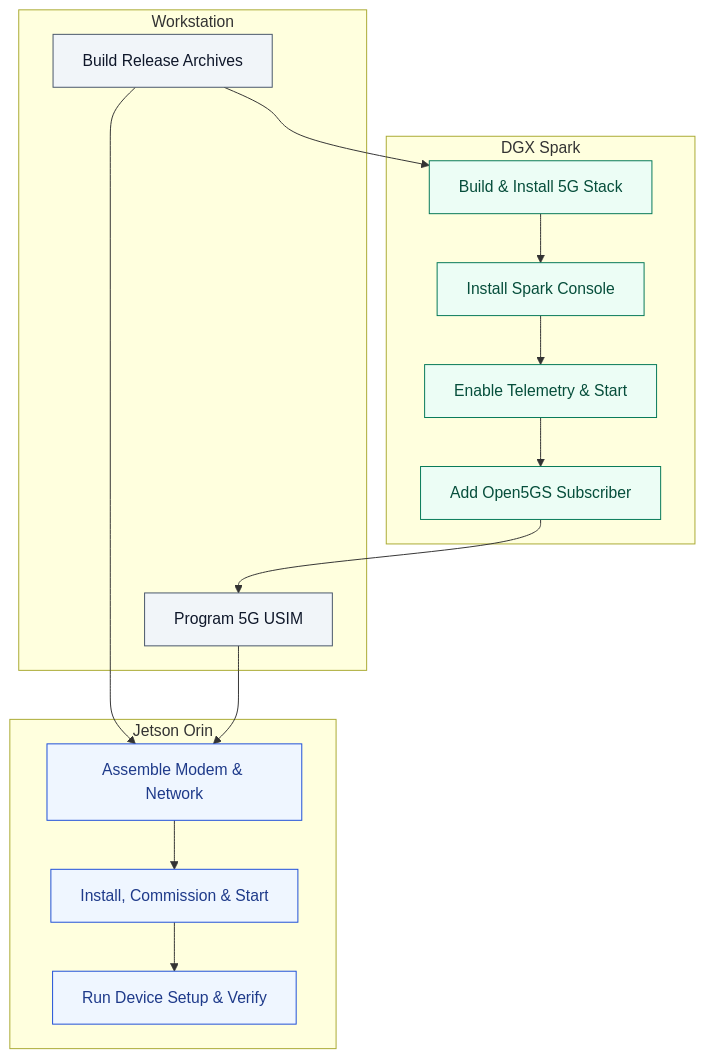
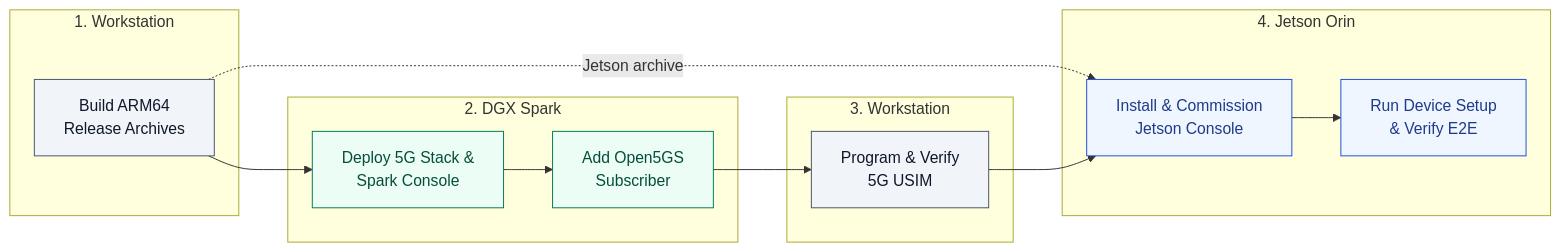
The diagram in docs/quickstart.md (HKUOpenSource/OpenAirKit), drawn with Mermaid before and after one commit. The commit also changed 5 other files, not shown here.

Commit message:
docs: switch layered Mermaid diagrams to horizontal LR layout

````diff
--- a/docs/quickstart.md
+++ b/docs/quickstart.md
@@ -11,31 +11,30 @@
 ```mermaid
-flowchart TD
+flowchart LR
   classDef ws fill:#f1f5f9,stroke:#475569,color:#0f172a
   classDef spark fill:#ecfdf5,stroke:#047857,color:#064e3b
   classDef jetson fill:#eff6ff,stroke:#1d4ed8,color:#1e3a8a
 
-  subgraph WS["Workstation"]
-    S0["Build Release Archives"]:::ws
-    S2B["Program 5G USIM"]:::ws
+  subgraph WS1["1. Workstation"]
+    S0["Build ARM64<br/>Release Archives"]:::ws
   end
 
-  subgraph SPARK["DGX Spark"]
-    S1A["Build & Install 5G Stack"]:::spark
-    S1B["Install Spark Console"]:::spark
-    S1C["Enable Telemetry & Start"]:::spark
-    S2A["Add Open5GS Subscriber"]:::spark
-    S1A --> S1B --> S1C --> S2A
+  subgraph SPARK["2. DGX Spark"]
+    S1["Deploy 5G Stack &<br/>Spark Console"]:::spark
+    S2A["Add Open5GS<br/>Subscriber"]:::spark
+    S1 --> S2A
   end
 
-  subgraph JETSON["Jetson Orin"]
-    S3A["Assemble Modem & Network"]:::jetson
-    S3B["Install, Commission & Start"]:::jetson
-    S4["Run Device Setup & Verify"]:::jetson
-    S3A --> S3B --> S4
+  subgraph WS2["3. Workstation"]
+    S2B["Program & Verify<br/>5G USIM"]:::ws
   end
 
-  S0 --> S1A
-  S0 --> S3A
-  S2A --> S2B
-  S2B --> S3A
+  subgraph JETSON["4. Jetson Orin"]
+    S3["Install & Commission<br/>Jetson Console"]:::jetson
+    S4["Run Device Setup<br/>& Verify E2E"]:::jetson
+    S3 --> S4
+  end
+
+  S0 --> S1
+  S0 -. "Jetson archive" .-> S3
+  S2A --> S2B --> S3
 ```
````
